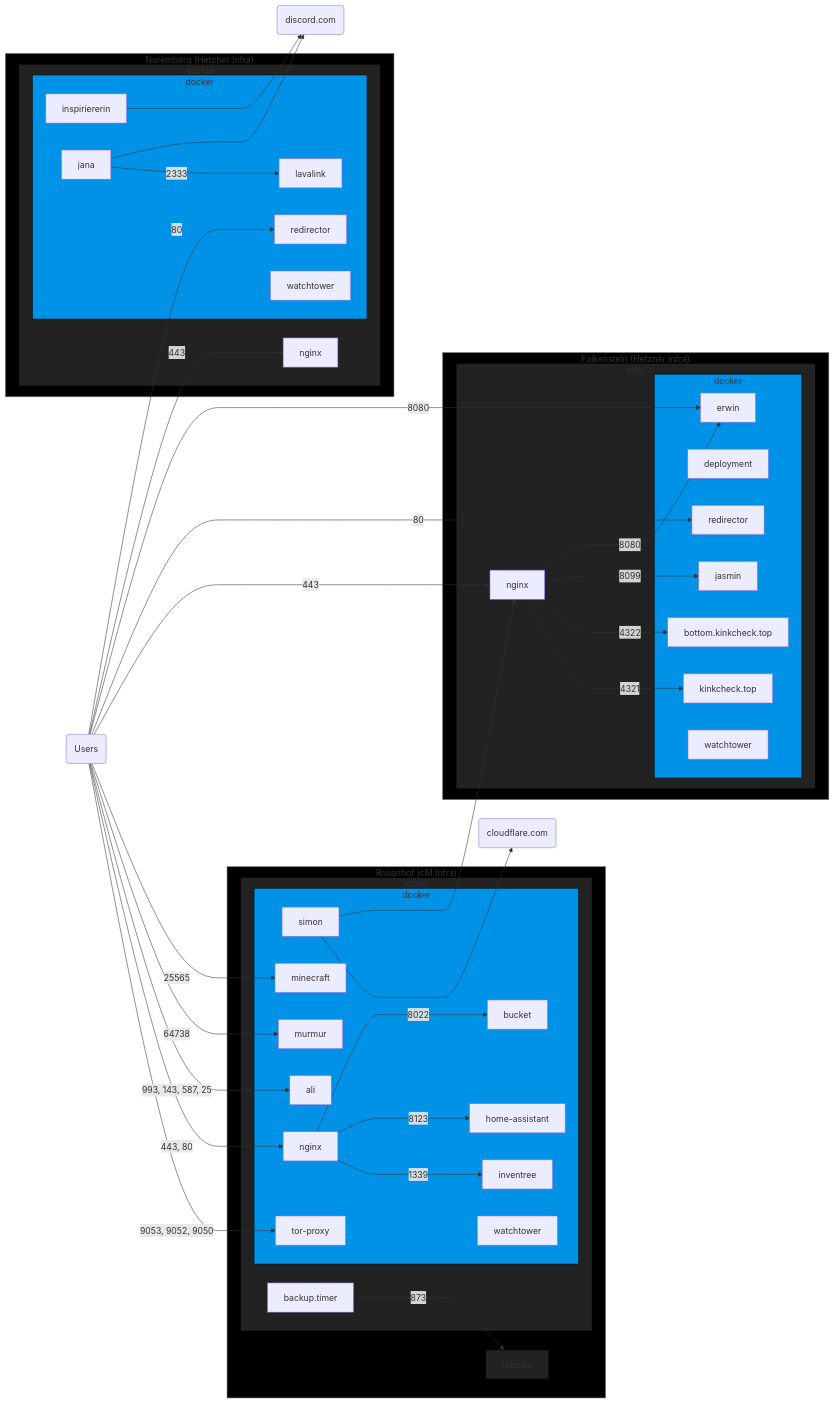
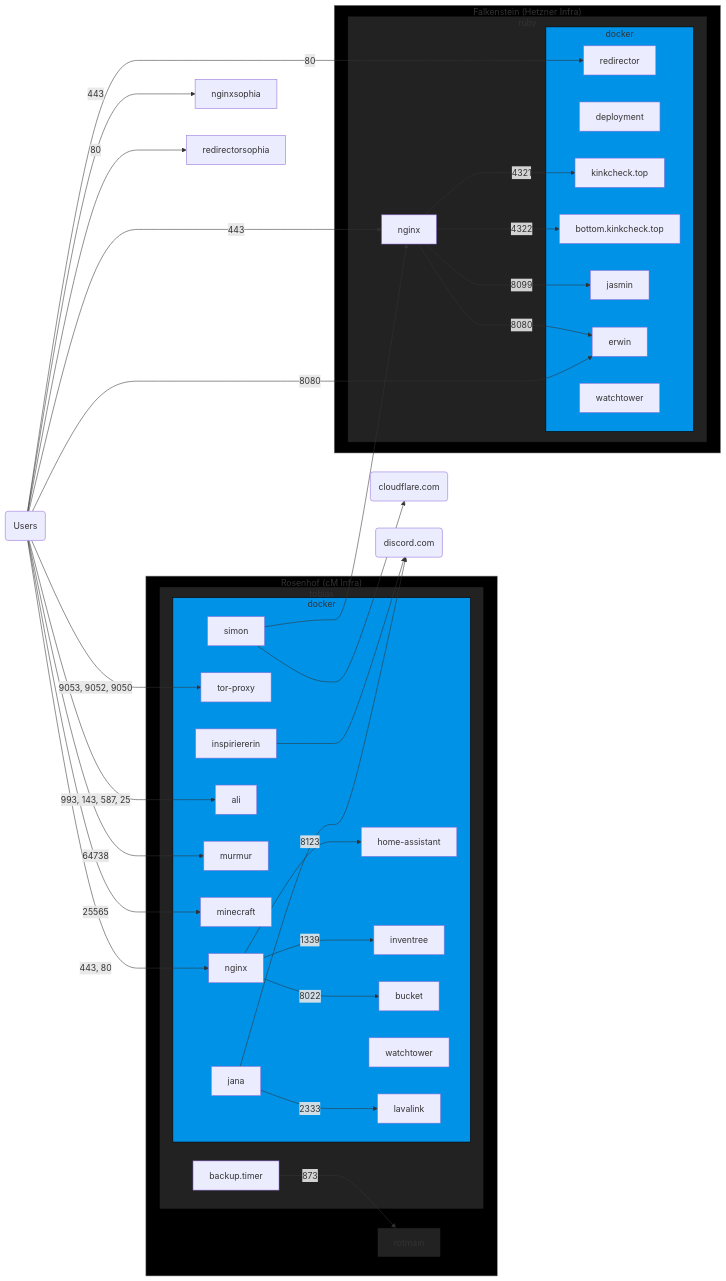
One commit to chrissxMedia/chrissx.de.conf.sh changed the diagram in README.md. Above: the diagram before and after it, drawn with Mermaid.

Commit message:
readme: sophia got removed

```diff
--- a/README.md
+++ b/README.md
@@ -25,6 +25,8 @@
       inventree
       bucket
       watchtowertobias[watchtower]
+      inspiriererin
+      jana -- 2333 --> lavalink
     end
     backup.timer
     nginxop -- 1339 --> inventree
@@ -50,18 +52,6 @@
     nginxruby -- 4322 --> bottom.kinkcheck.top
     nginxruby -- 8099 --> jasmin
     nginxruby -- 8080 --> erwin
-  end
-end
-
-subgraph nuremberg["Nuremberg (Hetzner Infra)"]
-  subgraph sophia
-    nginxsophia[nginx]
-    subgraph dockersophia[docker]
-      inspiriererin
-      jana -- 2333 --> lavalink
-      redirectorsophia[redirector]
-      watchtowersophia[watchtower]
-    end
   end
 end
 
```
